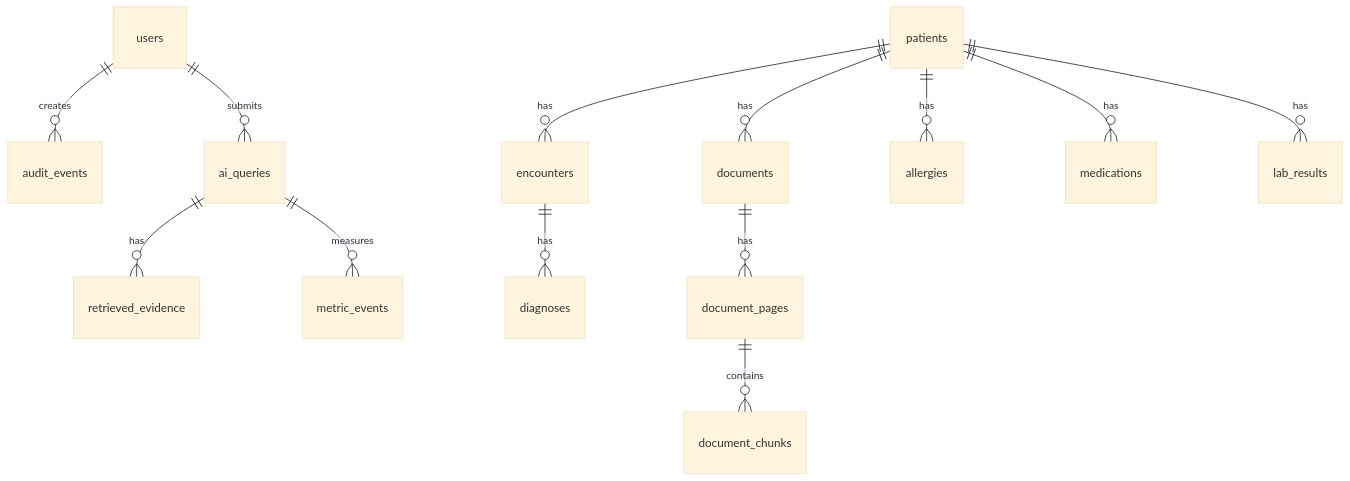
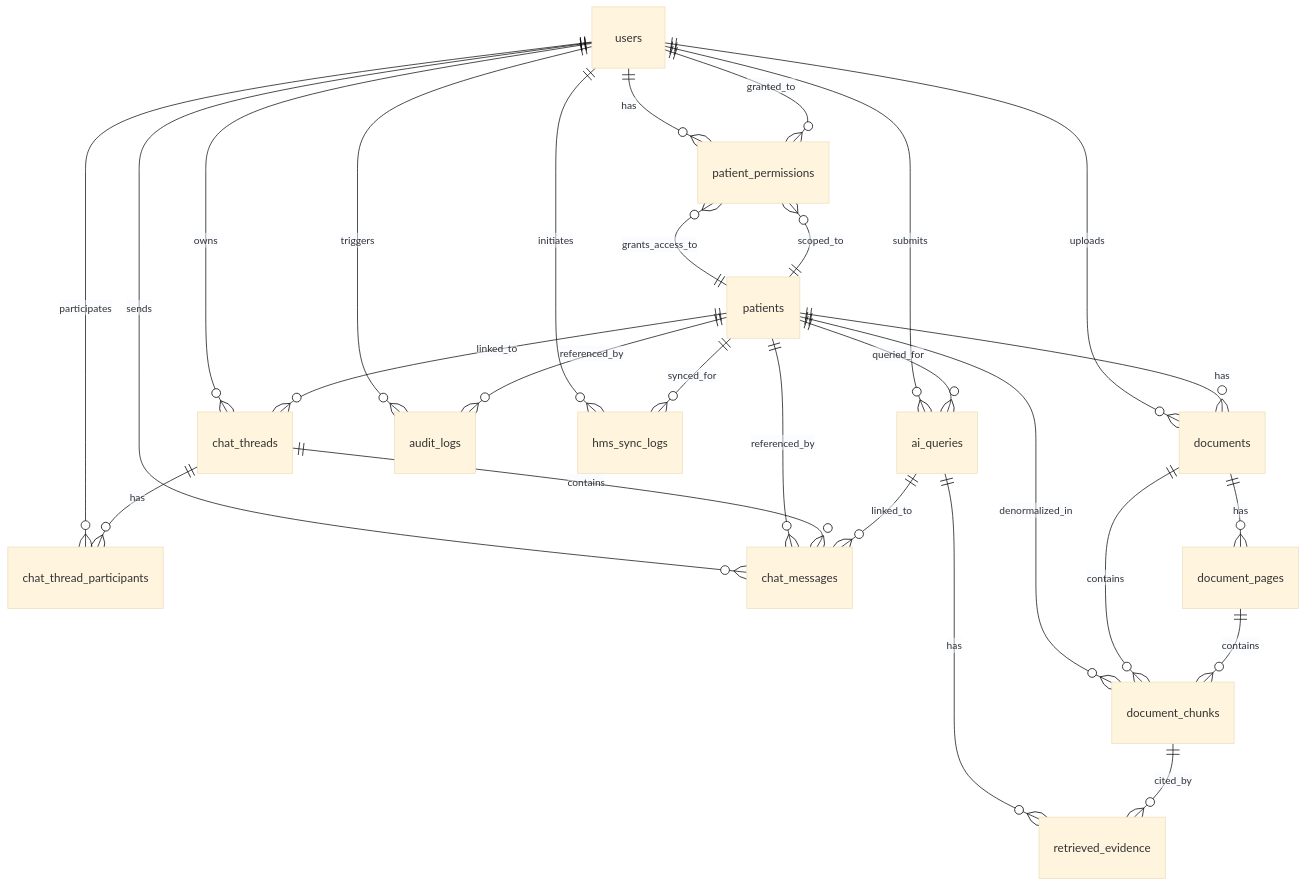
Before and after one commit to qwan30/chat-hospital-system: the diagram in docs/06-database/erd.md, drawn with Mermaid (base theme). The commit also changed other lines of this file and 125 other files, not shown here.

````diff
--- a/docs/06-database/erd.md
+++ b/docs/06-database/erd.md
@@ -14,15 +14,36 @@
 ```mermaid
 erDiagram
-    users ||--o{ audit_events : creates
+    users ||--o{ patient_permissions : has
+    users ||--o{ documents : uploads
+    users ||--o{ chat_threads : owns
+    users ||--o{ chat_thread_participants : participates
+    users ||--o{ chat_messages : sends
     users ||--o{ ai_queries : submits
-    patients ||--o{ encounters : has
+    users ||--o{ audit_logs : triggers
+    users ||--o{ hms_sync_logs : initiates
+
+    patients ||--o{ patient_permissions : scoped_to
     patients ||--o{ documents : has
-    patients ||--o{ allergies : has
-    patients ||--o{ medications : has
-    patients ||--o{ lab_results : has
-    encounters ||--o{ diagnoses : has
+    patients ||--o{ document_chunks : denormalized_in
+    patients ||--o{ chat_threads : linked_to
+    patients ||--o{ chat_messages : referenced_by
+    patients ||--o{ audit_logs : referenced_by
+    patients ||--o{ hms_sync_logs : synced_for
+    patients ||--o{ ai_queries : queried_for
+
+    patient_permissions }o--|| users : granted_to
+    patient_permissions }o--|| patients : grants_access_to
+
     documents ||--o{ document_pages : has
+    documents ||--o{ document_chunks : contains
+
     document_pages ||--o{ document_chunks : contains
+
+    chat_threads ||--o{ chat_thread_participants : has
+    chat_threads ||--o{ chat_messages : contains
+
     ai_queries ||--o{ retrieved_evidence : has
-    ai_queries ||--o{ metric_events : measures
+    ai_queries ||--o{ chat_messages : linked_to
+
+    document_chunks ||--o{ retrieved_evidence : cited_by
 ```
````
